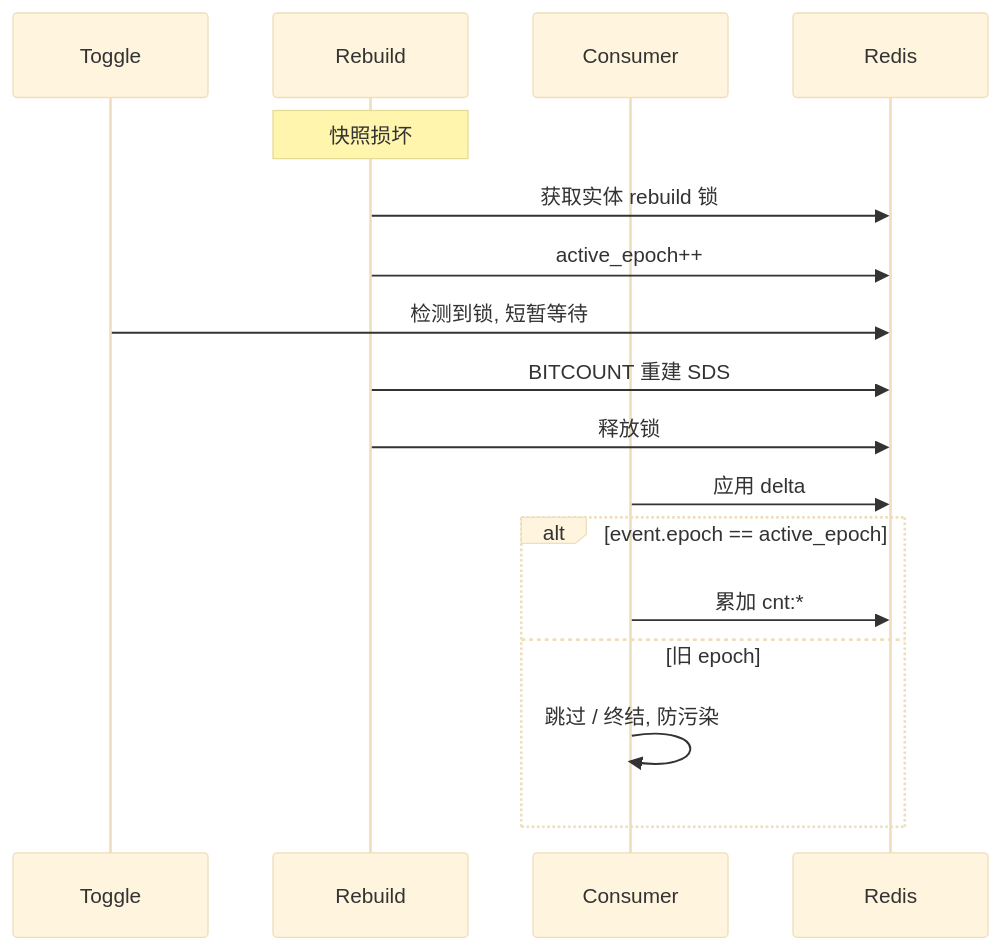
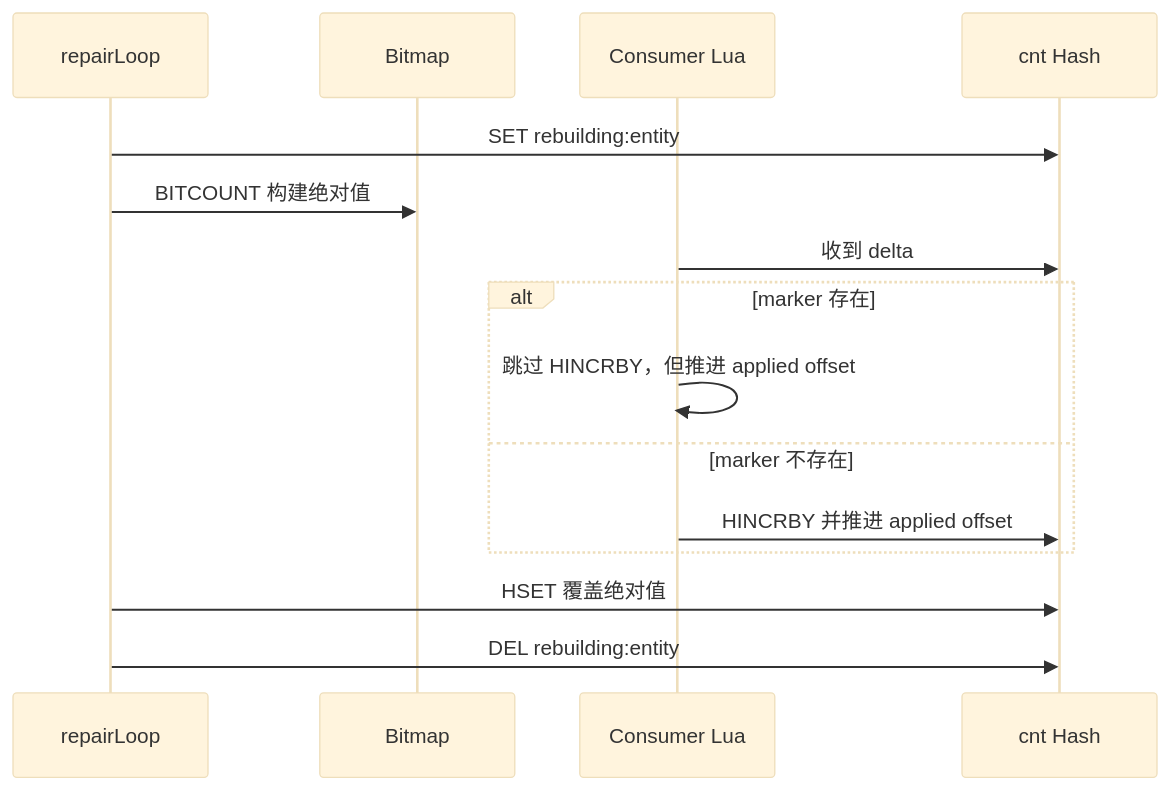
One commit to bitladykiller/zhiguang_go changed the sixth of 15 diagrams in docs/modules/05-点赞收藏计数模块.md. Above: the diagram before and after it, drawn with Mermaid (base theme). The commit also changed other lines of this file and 11 other files, not shown here.

Commit message:
docs: 架构文档增强与纵向流程图

````diff
--- a/docs/modules/05-点赞收藏计数模块.md
+++ b/docs/modules/05-点赞收藏计数模块.md
@@ -226,20 +223,18 @@
 ```mermaid
 sequenceDiagram
-    participant T as Toggle
-    participant R as Rebuild
-    participant C as Consumer
-    participant Redis as Redis
+    participant R as repairLoop
+    participant B as Bitmap
+    participant C as Consumer Lua
+    participant H as cnt Hash
 
-    Note over R: 快照损坏
-    R->>Redis: 获取实体 rebuild 锁
-    R->>Redis: active_epoch++
-    T->>Redis: 检测到锁, 短暂等待
-    R->>Redis: BITCOUNT 重建 SDS
-    R->>Redis: 释放锁
-    C->>Redis: 应用 delta
-    alt event.epoch == active_epoch
-        C->>Redis: 累加 cnt:*
-    else 旧 epoch
-        C->>C: 跳过 / 终结, 防污染
+    R->>H: SET rebuilding:entity
+    R->>B: BITCOUNT 构建绝对值
+    C->>H: 收到 delta
+    alt marker 存在
+        C->>C: 跳过 HINCRBY，但推进 applied offset
+    else marker 不存在
+        C->>H: HINCRBY 并推进 applied offset
     end
+    R->>H: HSET 覆盖绝对值
+    R->>H: DEL rebuilding:entity
 ```
````
